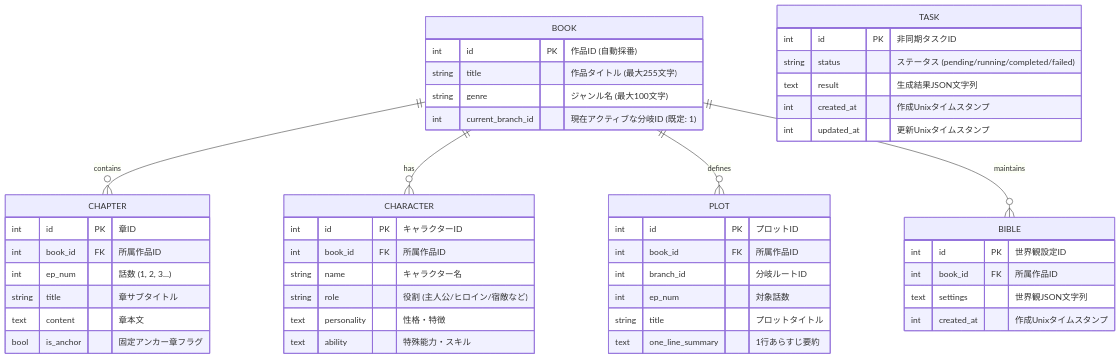
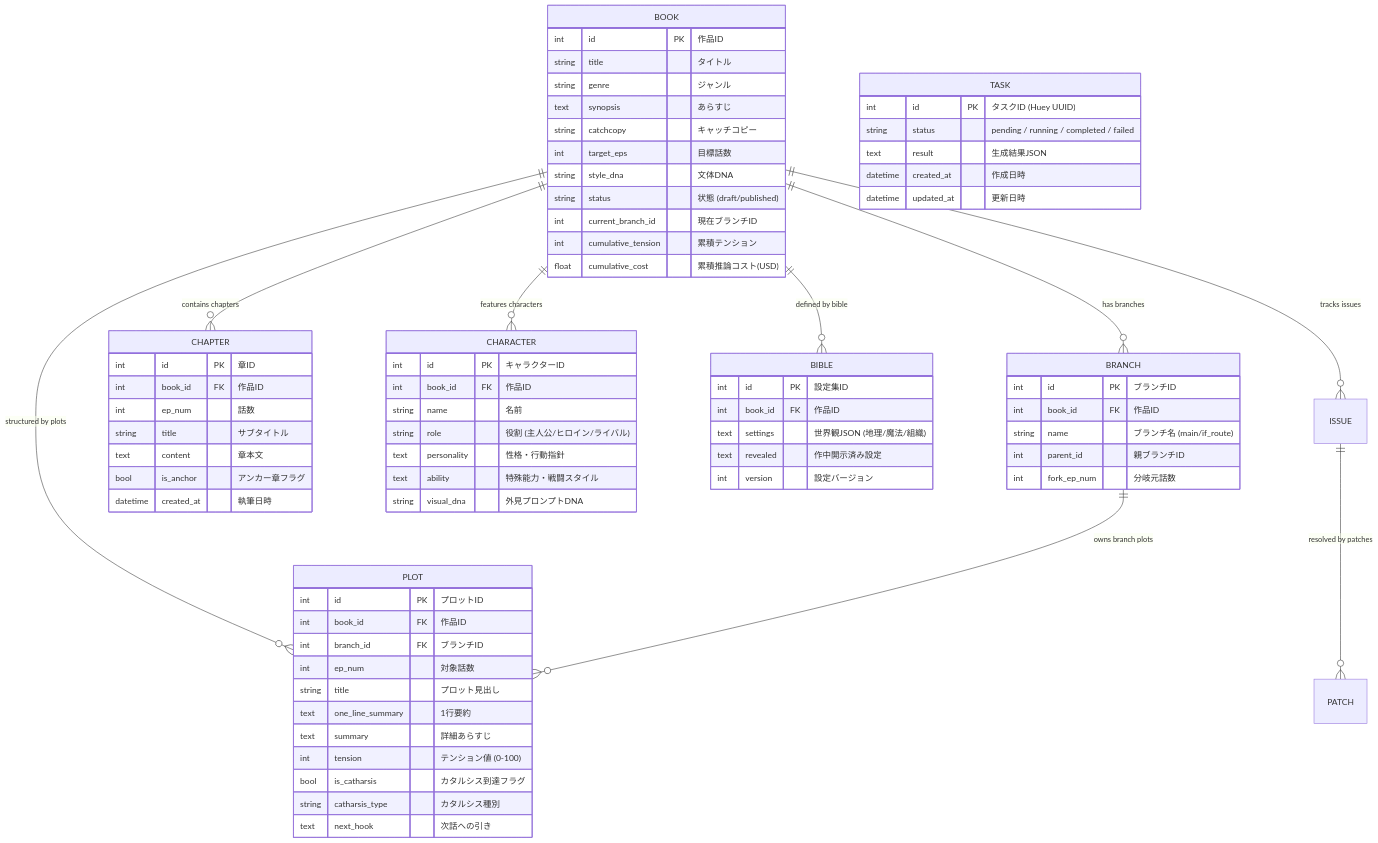
Before and after one commit to herbmatsui-spec/autonovel: the fifth of 6 diagrams in README.md, drawn with Mermaid. The commit also changed other lines of this file and 3 other files, not shown here.

Commit message:
docs: expand README.md to 50k+ chars with comprehensive architecture, GraphRAG, and API reference

````diff
--- a/README.md
+++ b/README.md
@@ -203,56 +677,83 @@
 ```mermaid
 erDiagram
-    BOOK ||--o{ CHAPTER : "contains"
-    BOOK ||--o{ CHARACTER : "has"
-    BOOK ||--o{ PLOT : "defines"
-    BOOK ||--o{ BIBLE : "maintains"
+    BOOK ||--o{ BRANCH : "has branches"
+    BOOK ||--o{ CHAPTER : "contains chapters"
+    BOOK ||--o{ CHARACTER : "features characters"
+    BOOK ||--o{ PLOT : "structured by plots"
+    BOOK ||--o{ BIBLE : "defined by bible"
+    BOOK ||--o{ ISSUE : "tracks issues"
+    BRANCH ||--o{ PLOT : "owns branch plots"
+    ISSUE ||--o{ PATCH : "resolved by patches"
 
     BOOK {
-        int id PK "作品ID (自動採番)"
-        string title "作品タイトル (最大255文字)"
-        string genre "ジャンル名 (最大100文字)"
-        int current_branch_id "現在アクティブな分岐ID (既定: 1)"
+        int id PK "作品ID"
+        string title "タイトル"
+        string genre "ジャンル"
+        text synopsis "あらすじ"
+        string catchcopy "キャッチコピー"
+        int target_eps "目標話数"
+        string style_dna "文体DNA"
+        string status "状態 (draft/published)"
+        int current_branch_id "現在ブランチID"
+        int cumulative_tension "累積テンション"
+        float cumulative_cost "累積推論コスト(USD)"
+    }
+
+    BRANCH {
+        int id PK "ブランチID"
+        int book_id FK "作品ID"
+        string name "ブランチ名 (main/if_route)"
+        int parent_id "親ブランチID"
+        int fork_ep_num "分岐元話数"
     }
 
     CHAPTER {
         int id PK "章ID"
-        int book_id FK "所属作品ID"
-        int ep_num "話数 (1, 2, 3...)"
-        string title "章サブタイトル"
+        int book_id FK "作品ID"
+        int ep_num "話数"
+        string title "サブタイトル"
         text content "章本文"
-        bool is_anchor "固定アンカー章フラグ"
+        bool is_anchor "アンカー章フラグ"
+        datetime created_at "執筆日時"
     }
 
     CHARACTER {
         int id PK "キャラクターID"
-        int book_id FK "所属作品ID"
-        string name "キャラクター名"
-        string role "役割 (主人公/ヒロイン/宿敵など)"
-        text personality "性格・特徴"
-        text ability "特殊能力・スキル"
+        int book_id FK "作品ID"
+        string name "名前"
+        string role "役割 (主人公/ヒロイン/ライバル)"
+        text personality "性格・行動指針"
+        text ability "特殊能力・戦闘スタイル"
+        string visual_dna "外見プロンプトDNA"
     }
 
     PLOT {
         int id PK "プロットID"
-        int book_id FK "所属作品ID"
-        int branch_id "分岐ルートID"
+        int book_id FK "作品ID"
+        int branch_id FK "ブランチID"
         int ep_num "対象話数"
-        string title "プロットタイトル"
-        text one_line_summary "1行あらすじ要約"
+        string title "プロット見出し"
+        text one_line_summary "1行要約"
+        text summary "詳細あらすじ"
+        int tension "テンション値 (0-100)"
+        bool is_catharsis "カタルシス到達フラグ"
+        string catharsis_type "カタルシス種別"
+        text next_hook "次話への引き"
     }
 
     BIBLE {
-        int id PK "世界観設定ID"
-        int book_id FK "所属作品ID"
-        text settings "世界観JSON文字列"
-        int created_at "作成Unixタイムスタンプ"
+        int id PK "設定集ID"
+        int book_id FK "作品ID"
+        text settings "世界観JSON (地理/魔法/組織)"
+        text revealed "作中開示済み設定"
+        int version "設定バージョン"
     }
 
     TASK {
-        int id PK "非同期タスクID"
-        string status "ステータス (pending/running/completed/failed)"
-        text result "生成結果JSON文字列"
-        int created_at "作成Unixタイムスタンプ"
-        int updated_at "更新Unixタイムスタンプ"
+        int id PK "タスクID (Huey UUID)"
+        string status "pending / running / completed / failed"
+        text result "生成結果JSON"
+        datetime created_at "作成日時"
+        datetime updated_at "更新日時"
     }
 ```
````
